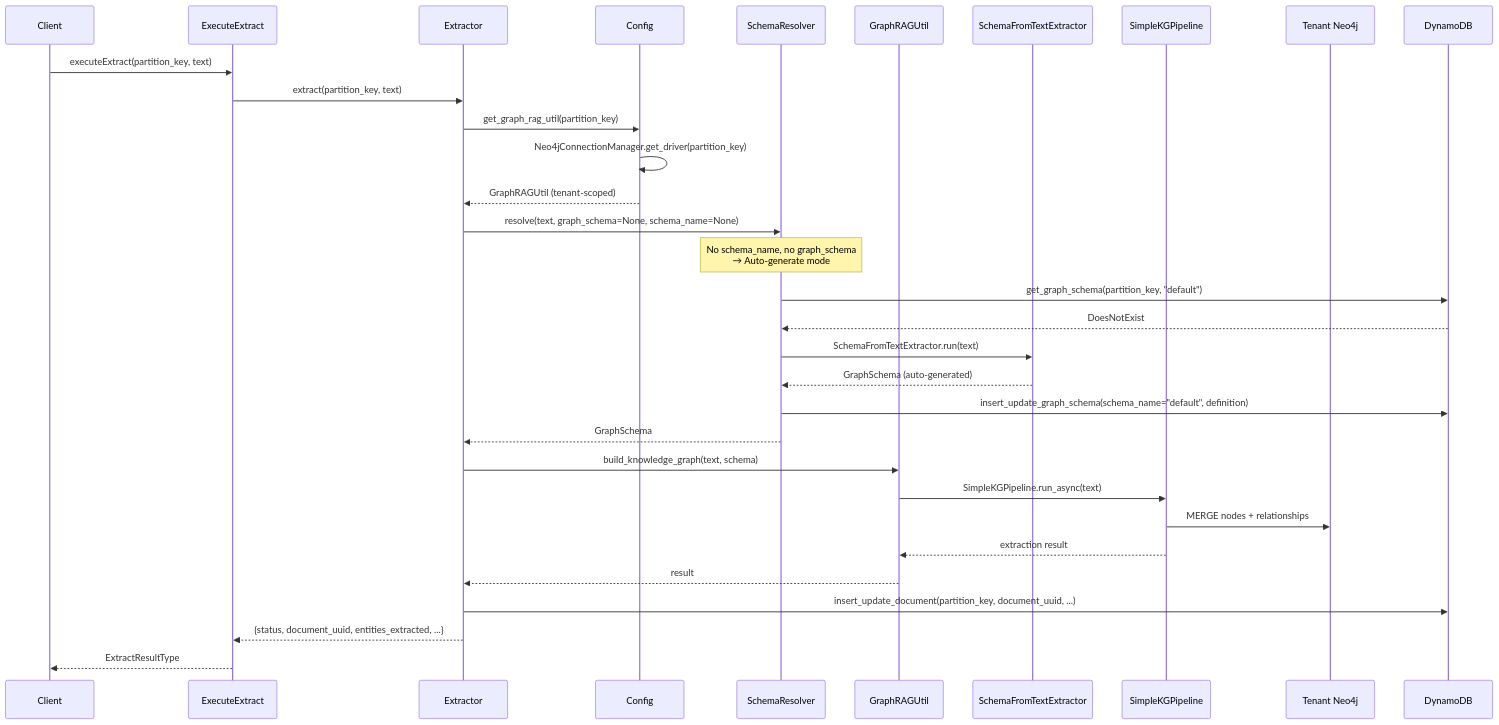
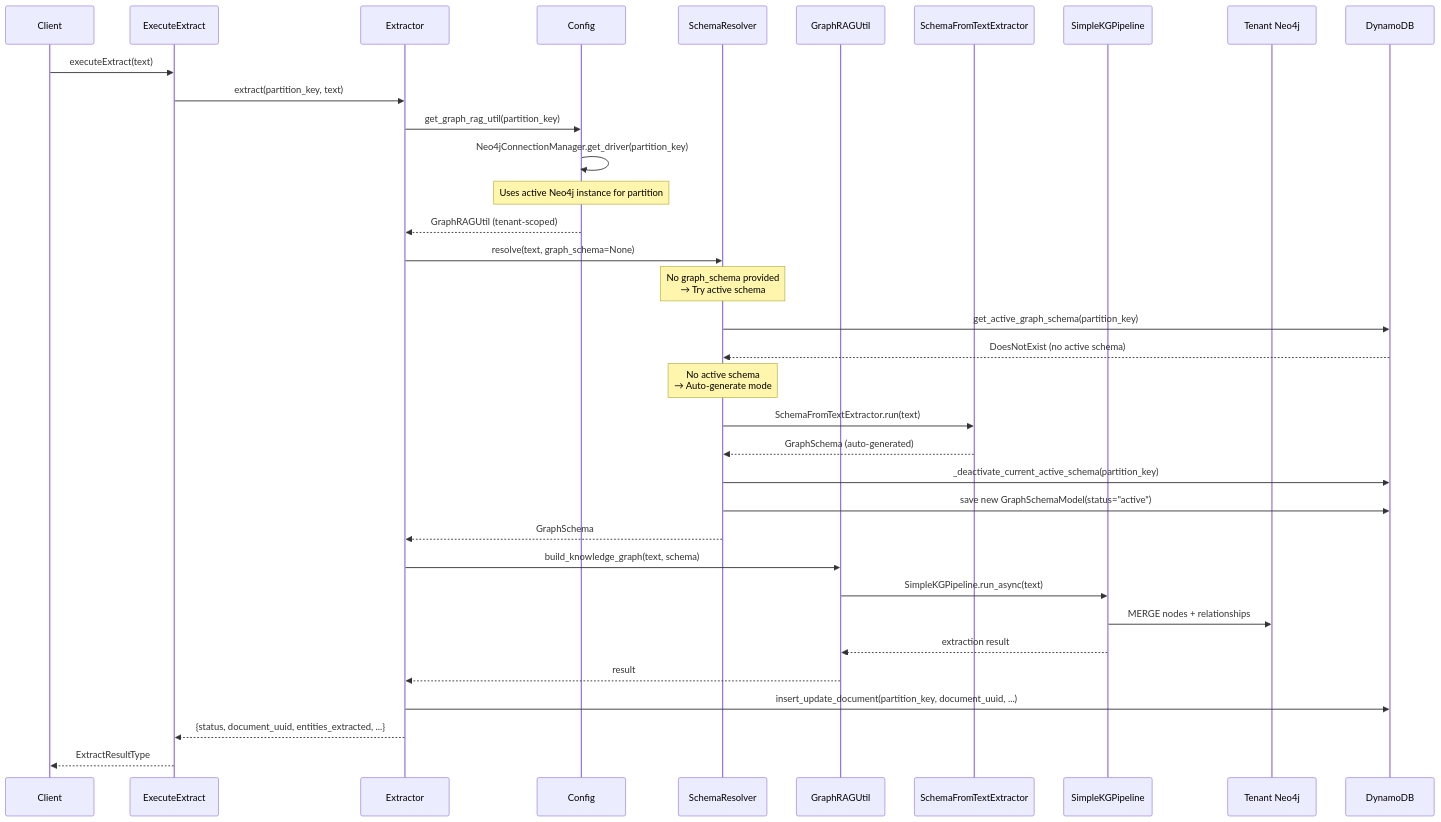
One commit to ideabosque/knowledge_graph_engine changed the first of 4 diagrams in docs/development_plan.md. Above: the diagram before and after it, drawn with Mermaid. The commit also changed other lines of this file and 15 other files, not shown here.

Commit message:
Add the support for active schema and neo4j instance.

````diff
--- a/docs/development_plan.md
+++ b/docs/development_plan.md
@@ -356,42 +371,46 @@
 ```mermaid
 sequenceDiagram
     participant Client
     participant Mutation as ExecuteExtract
     participant Extractor
     participant Config
     participant SchemaResolver
     participant GraphRAGUtil
     participant LLM as SchemaFromTextExtractor
     participant Pipeline as SimpleKGPipeline
     participant Neo4j as Tenant Neo4j
     participant DynamoDB
 
-    Client->>Mutation: executeExtract(partition_key, text)
+    Client->>Mutation: executeExtract(text)
     Mutation->>Extractor: extract(partition_key, text)
 
     Extractor->>Config: get_graph_rag_util(partition_key)
     Config->>Config: Neo4jConnectionManager.get_driver(partition_key)
+    Note over Config: Uses active Neo4j instance for partition
     Config-->>Extractor: GraphRAGUtil (tenant-scoped)
 
-    Extractor->>SchemaResolver: resolve(text, graph_schema=None, schema_name=None)
-    Note over SchemaResolver: No schema_name, no graph_schema<br/>→ Auto-generate mode
+    Extractor->>SchemaResolver: resolve(text, graph_schema=None)
+    Note over SchemaResolver: No graph_schema provided<br/>→ Try active schema
 
-    SchemaResolver->>DynamoDB: get_graph_schema(partition_key, "default")
-    DynamoDB-->>SchemaResolver: DoesNotExist
+    SchemaResolver->>DynamoDB: get_active_graph_schema(partition_key)
+    DynamoDB-->>SchemaResolver: DoesNotExist (no active schema)
+
+    Note over SchemaResolver: No active schema<br/>→ Auto-generate mode
 
     SchemaResolver->>LLM: SchemaFromTextExtractor.run(text)
     LLM-->>SchemaResolver: GraphSchema (auto-generated)
 
-    SchemaResolver->>DynamoDB: insert_update_graph_schema(schema_name="default", definition)
+    SchemaResolver->>DynamoDB: _deactivate_current_active_schema(partition_key)
+    SchemaResolver->>DynamoDB: save new GraphSchemaModel(status="active")
     SchemaResolver-->>Extractor: GraphSchema
 
     Extractor->>GraphRAGUtil: build_knowledge_graph(text, schema)
     GraphRAGUtil->>Pipeline: SimpleKGPipeline.run_async(text)
     Pipeline->>Neo4j: MERGE nodes + relationships
     Pipeline-->>GraphRAGUtil: extraction result
     GraphRAGUtil-->>Extractor: result
 
     Extractor->>DynamoDB: insert_update_document(partition_key, document_uuid, ...)
     Extractor-->>Mutation: {status, document_uuid, entities_extracted, ...}
     Mutation-->>Client: ExtractResultType
 ```
````
